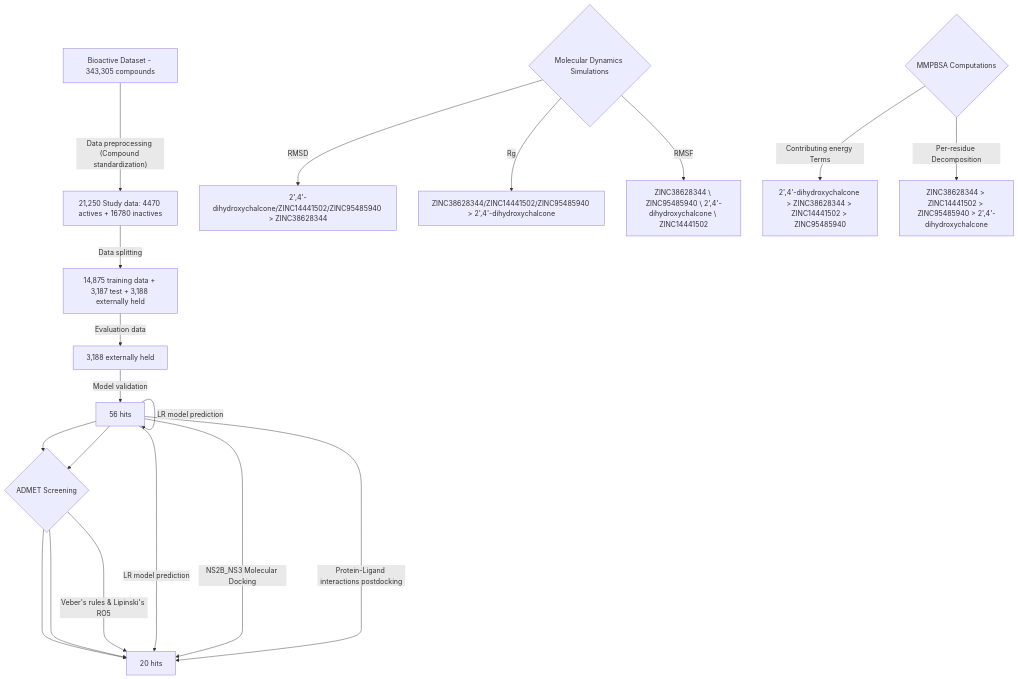
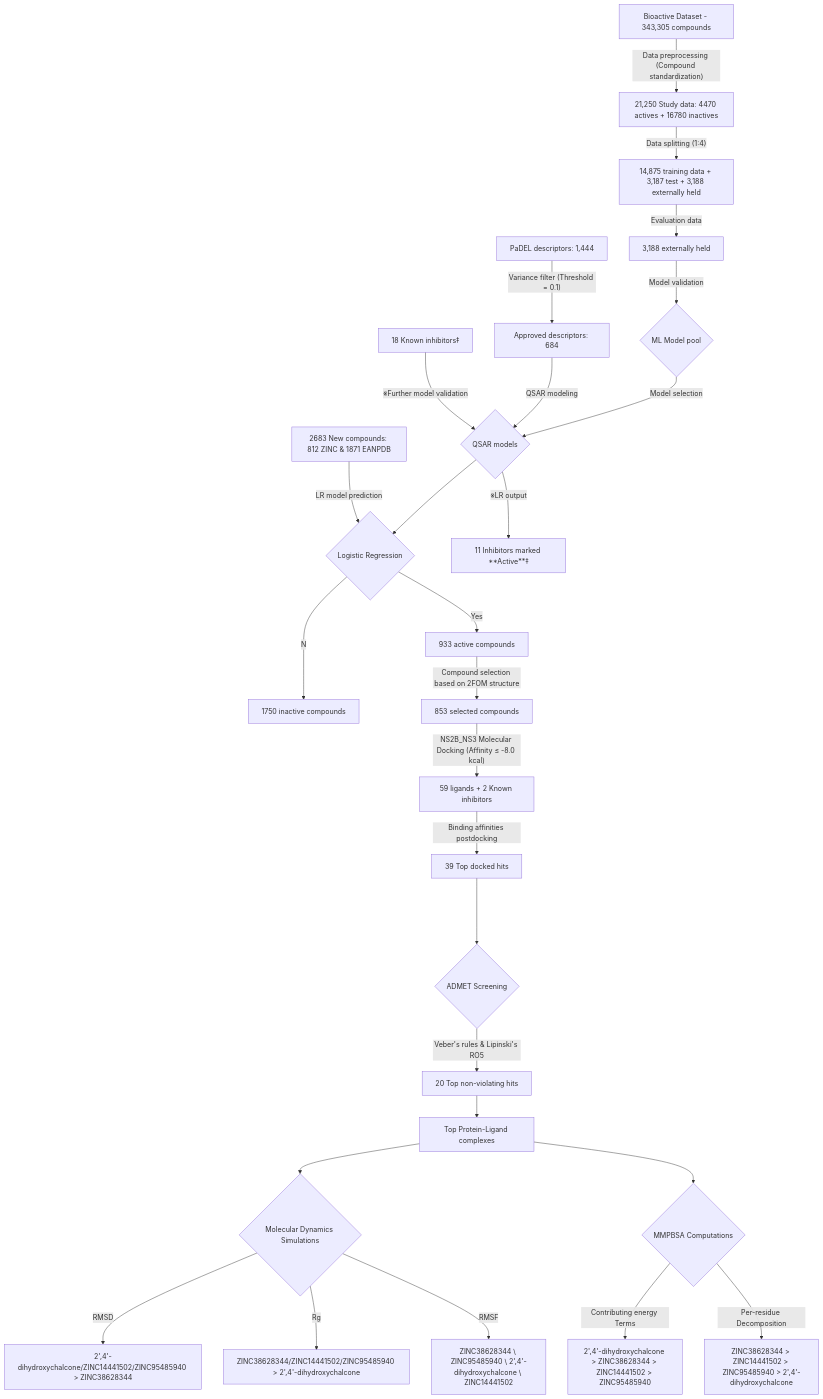
Before and after one commit to omicscodeathon/denguedrug: the diagram in README.md, drawn with Mermaid. The commit also changed other lines of this file, not shown here.

````diff
--- a/README.md
+++ b/README.md
@@ -641,22 +645,29 @@
 ```mermaid
 graph TD;
     A[Bioactive Dataset - 343,305 compounds]--Data preprocessing (Compound standardization)-->B[21,250 Study data: 4470 actives + 16780 inactive];
-    B[21,250 Study data: 4470 actives + 16780 inactives]--Data splitting-->C[14,875 training data + 3,187 test + 3,188 externally held];
+    B[21,250 Study data: 4470 actives + 16780 inactives]--Data splitting (1:4)-->C[14,875 training data + 3,187 test + 3,188 externally held];
     C[14,875 training data + 3,187 test + 3,188 externally held]--Evaluation data-->D[3,188 externally held];
-    D[3,188 externally held]--Model validation-->E{Logistic Regression};
-    F[PaDEL descriptors: 1,444]-->G[Validated descriptors: 684];
-
-    E[933 active compounds]-->F[853 compounds];
-    E[933 active compounds]-->F[853 compounds];
-    E[18 Known inhibitors]--LR model prediction-->G[11 active inhibitors];
-    E[2683 New compounds: 812 ZINC & 1871 EANPDB]--LR model prediction-->E[933 active compounds];
-    E[853 selected compounds]--NS2B_NS3 Molecular Docking-->G[56 approved hits + 2 Known inhibitors];
-    E[56 hits]--Protein-Ligand interactions postdocking-->G[39 selected hits - Top=anhydrophlegmacin];
-    F[39 selected hits]---->G{ADMET Screening};
-    F{ADMET Screening}--Veber's rules & Lipinski's RO5-->G[20 hits];
-    T{Molecular Dynamics Simulations}--RMSD-->U[2',4'-dihydroxychalcone/ZINC14441502/ZINC95485940 > ZINC38628344];
-    T{Molecular Dynamics Simulations}--Rg-->V[ZINC38628344/ZINC14441502/ZINC95485940 > 2',4'-dihydroxychalcone];
-    T{Molecular Dynamics Simulations}--RMSF-->W[ZINC38628344 \ ZINC95485940 \ 2',4'-dihydroxychalcone \ ZINC14441502];
-    X{MMPBSA Computations}--Contributing energy Terms-->Y[2',4'-dihydroxychalcone > ZINC38628344 > ZINC14441502 > ZINC95485940];
-    X{MMPBSA Computations}--Per-residue Decomposition-->Z[ZINC38628344 > ZINC14441502 > ZINC95485940 > 2',4'-dihydroxychalcone];
+    D[3,188 externally held]--Model validation-->E{ML Model pool};
+    E{ML Model pool}--Model selection-->F{QSAR models};
+    G[PaDEL descriptors: 1,444]--Variance filter (Threshold = 0.1)-->H[Approved descriptors: 684];
+    H[Approved descriptors: 684]--QSAR modeling-->F{QSAR models};
+    I[18 Known inhibitors‡]--※Further model validation-->F{QSAR models};
+    F{QSAR models}-->J{Logistic Regression};
+    F{QSAR models}--※LR output-->K[11 Inhibitors marked **Active**‡];
+    L[2683 New compounds: 812 ZINC & 1871 EANPDB]--LR model prediction-->J{Logistic Regression};
+    J{Logistic Regression}--Yes-->M[933 active compounds];
+    J{Logistic Regression}--No-->N[1750 inactive compounds];
+    M[933 active compounds]--Compound selection based on 2FOM structure-->O[853 selected compounds];
+    O[853 selected compounds]--NS2B_NS3 Molecular Docking (Affinity ≤ -8.0 kcal)-->P[59 ligands + 2 Known inhibitors];
+    P[59 ligands + 2 Known inhibitors]--Binding affinities postdocking-->Q[39 Top docked hits];
+    Q[39 Top docked hits]---->R{ADMET Screening};
+    R{ADMET Screening}--Veber's rules & Lipinski's RO5-->S[20 Top non-violating hits];
+    S[20 Top non-violating hits]-->T[Top Protein-Ligand complexes];
+    T[Top Protein-Ligand complexes]-->U{Molecular Dynamics Simulations};
+    T[Top Protein-Ligand complexes]-->V{MMPBSA Computations};
+    U{Molecular Dynamics Simulations}--RMSD-->W[2',4'-dihydroxychalcone/ZINC14441502/ZINC95485940 > ZINC38628344];
+    U{Molecular Dynamics Simulations}--Rg-->X[ZINC38628344/ZINC14441502/ZINC95485940 > 2',4'-dihydroxychalcone];
+    U{Molecular Dynamics Simulations}--RMSF-->Y[ZINC38628344 \ ZINC95485940 \ 2',4'-dihydroxychalcone \ ZINC14441502];
+    V{MMPBSA Computations}--Contributing energy Terms-->Z[2',4'-dihydroxychalcone > ZINC38628344 > ZINC14441502 > ZINC95485940];
+    V{MMPBSA Computations}--Per-residue Decomposition-->AA[ZINC38628344 > ZINC14441502 > ZINC95485940 > 2',4'-dihydroxychalcone];
 ```
````
